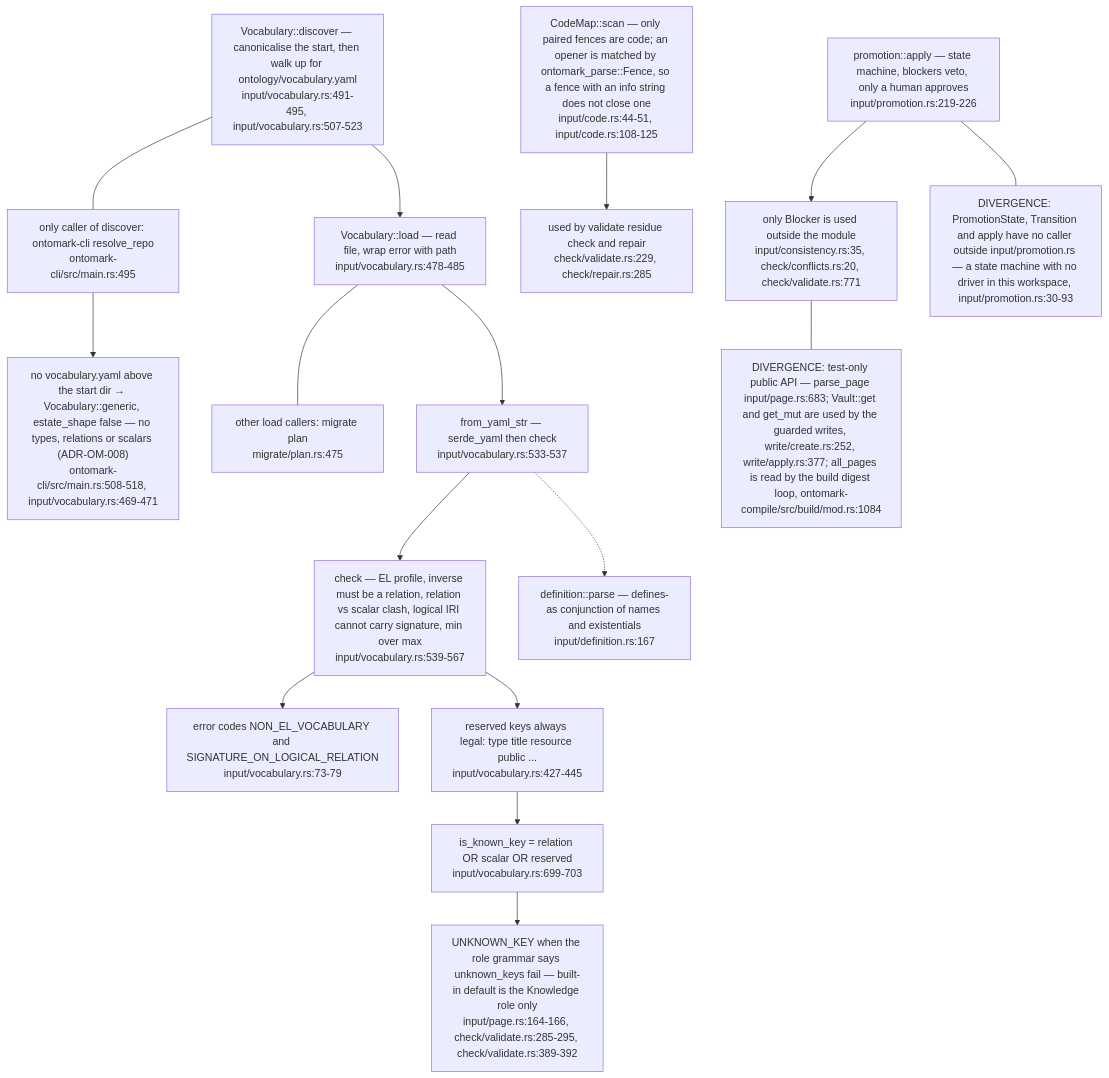
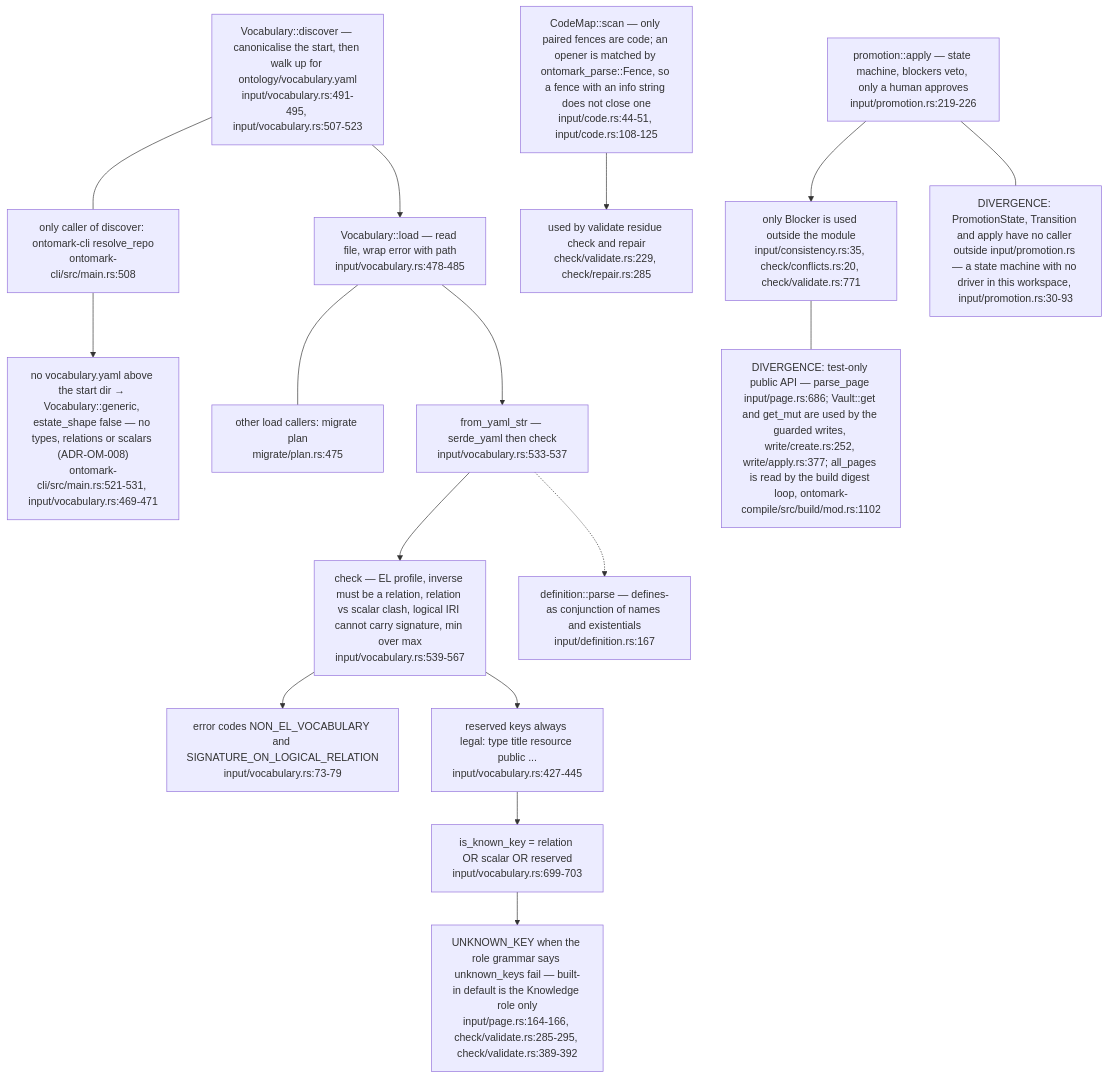
The sixth of 6 diagrams in docs/diagrams/ontomark/01-input-layer-vault-pages-and-gates.md (DreamLab-AI/VisionFlow), drawn with Mermaid before and after one commit. The commit also changed other lines of this file and 70 other files, not shown here.

First line of the commit message:
docs(diagrams): re-verify 69 topics at current default-branch heads

````diff
--- a/docs/diagrams/ontomark/01-input-layer-vault-pages-and-gates.md
+++ b/docs/diagrams/ontomark/01-input-layer-vault-pages-and-gates.md
@@ -251,31 +251,31 @@
 ```mermaid
 flowchart TD
     DISC["Vocabulary::discover — canonicalise the start, then walk up for ontology/vocabulary.yaml<br/>input/vocabulary.rs:491-495, input/vocabulary.rs:507-523"]
-    CLIUSE["only caller of discover: ontomark-cli resolve_repo<br/>ontomark-cli/src/main.rs:495"]
-    GENERIC["no vocabulary.yaml above the start dir → Vocabulary::generic, estate_shape false — no types, relations or scalars (ADR-OM-008)<br/>ontomark-cli/src/main.rs:508-518, input/vocabulary.rs:469-471"]
+    CLIUSE["only caller of discover: ontomark-cli resolve_repo<br/>ontomark-cli/src/main.rs:508"]
+    GENERIC["no vocabulary.yaml above the start dir → Vocabulary::generic, estate_shape false — no types, relations or scalars (ADR-OM-008)<br/>ontomark-cli/src/main.rs:521-531, input/vocabulary.rs:469-471"]
     LOADV["Vocabulary::load — read file, wrap error with path<br/>input/vocabulary.rs:478-485"]
     LOADERS["other load callers: migrate plan<br/>migrate/plan.rs:475"]
     FROMYAML["from_yaml_str — serde_yaml then check<br/>input/vocabulary.rs:533-537"]
     CHECK["check — EL profile, inverse must be a relation, relation vs scalar clash, logical IRI cannot carry signature, min over max<br/>input/vocabulary.rs:539-567"]
     NONEL["error codes NON_EL_VOCABULARY and SIGNATURE_ON_LOGICAL_RELATION<br/>input/vocabulary.rs:73-79"]
     RESERVED["reserved keys always legal: type title resource public ...<br/>input/vocabulary.rs:427-445"]
     KNOWN["is_known_key = relation OR scalar OR reserved<br/>input/vocabulary.rs:699-703"]
     STRICT["UNKNOWN_KEY when the role grammar says unknown_keys fail — built-in default is the Knowledge role only<br/>input/page.rs:164-166, check/validate.rs:285-295, check/validate.rs:389-392"]
     DEFN["definition::parse — defines-as conjunction of names and existentials<br/>input/definition.rs:167"]
     CODE["CodeMap::scan — only paired fences are code; an opener is matched by ontomark_parse::Fence, so a fence with an info string does not close one<br/>input/code.rs:44-51, input/code.rs:108-125"]
     CODEUSE["used by validate residue check and repair<br/>check/validate.rs:229, check/repair.rs:285"]
     PROMO["promotion::apply — state machine, blockers veto, only a human approves<br/>input/promotion.rs:219-226"]
     PROMOUSE["only Blocker is used outside the module<br/>input/consistency.rs:35, check/conflicts.rs:20, check/validate.rs:771"]
     DISC --> LOADV --> FROMYAML --> CHECK --> NONEL
     DISC --- CLIUSE
     CLIUSE --> GENERIC
     LOADV --- LOADERS
     CHECK --> RESERVED --> KNOWN --> STRICT
     FROMYAML -.-> DEFN
     CODE --> CODEUSE
     PROMO --> PROMOUSE
     note1["DIVERGENCE: PromotionState, Transition and apply have no caller outside input/promotion.rs — a state machine with no driver in this workspace, input/promotion.rs:30-93"]
-    note2["DIVERGENCE: test-only public API — parse_page input/page.rs:683; Vault::get and get_mut are used by the guarded writes, write/create.rs:252, write/apply.rs:377; all_pages is read by the build digest loop, ontomark-compile/src/build/mod.rs:1084"]
+    note2["DIVERGENCE: test-only public API — parse_page input/page.rs:686; Vault::get and get_mut are used by the guarded writes, write/create.rs:252, write/apply.rs:377; all_pages is read by the build digest loop, ontomark-compile/src/build/mod.rs:1102"]
     PROMO --- note1
     PROMOUSE --- note2
 ```
````
